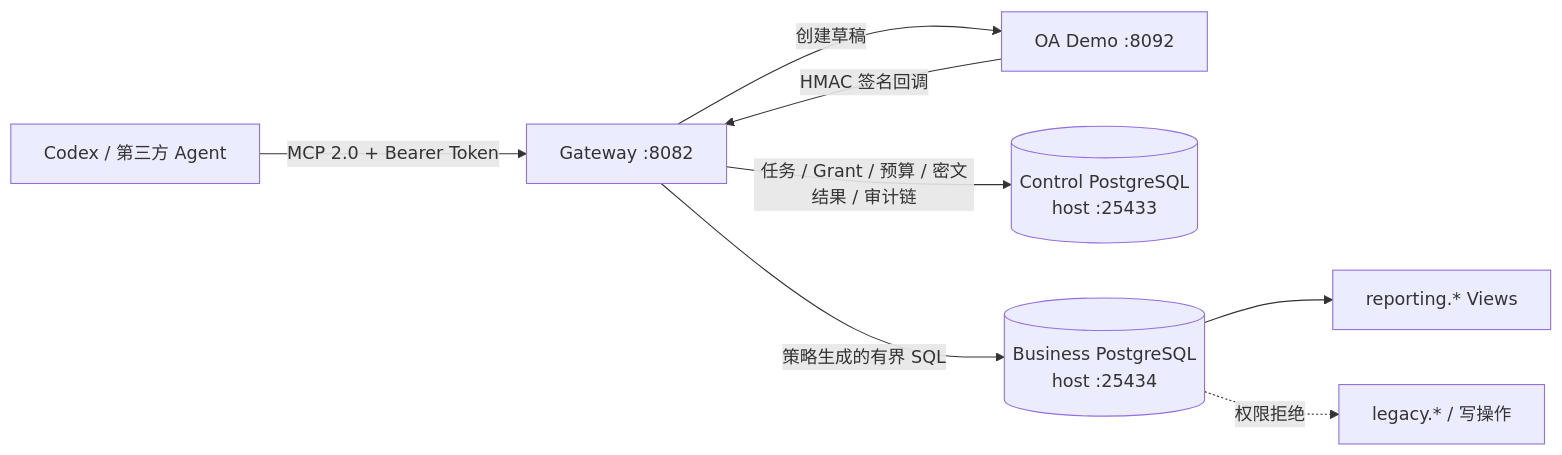
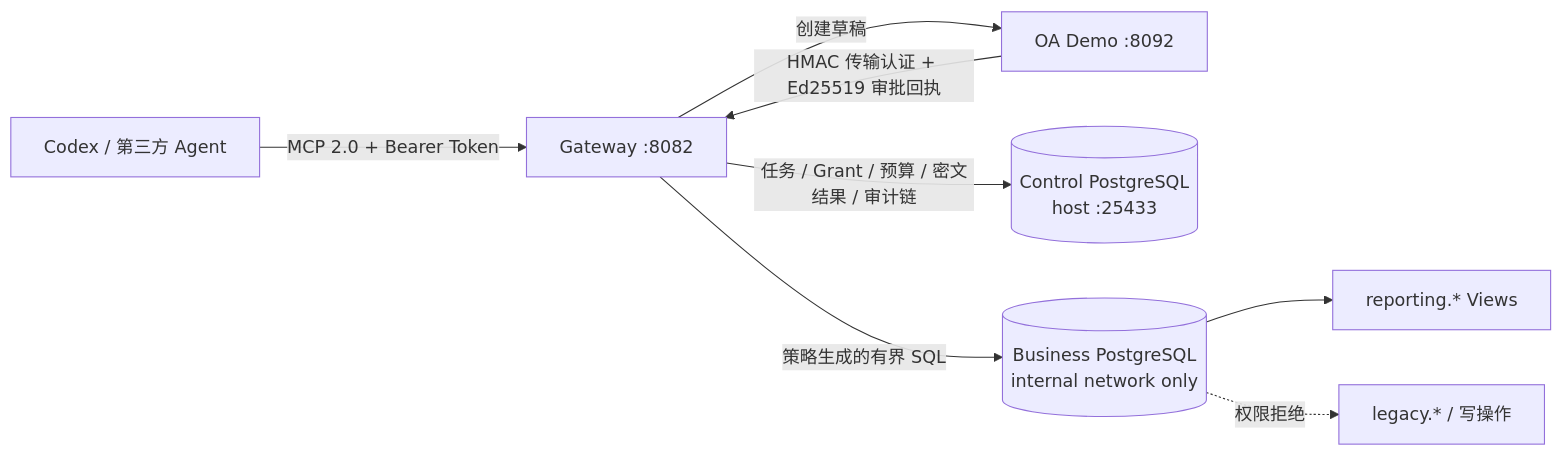
One commit to wuminmin/agent_task_gateway changed the diagram in docs/architecture.md. Above: the diagram before and after it, drawn with Mermaid. The commit also changed other lines of this file and 260 other files, not shown here.

````diff
--- a/docs/architecture.md
+++ b/docs/architecture.md
@@ -5,10 +5,10 @@
 ```mermaid
 flowchart LR
     A[Codex / 第三方 Agent] -->|MCP 2.0 + Bearer Token| G[Gateway :8082]
     G -->|创建草稿| O[OA Demo :8092]
-    O -->|HMAC 签名回调| G
+    O -->|HMAC 传输认证 + Ed25519 审批回执| G
     G -->|任务 / Grant / 预算 / 密文结果 / 审计链| C[(Control PostgreSQL<br/>host :25433)]
-    G -->|策略生成的有界 SQL| B[(Business PostgreSQL<br/>host :25434)]
+    G -->|策略生成的有界 SQL| B[(Business PostgreSQL<br/>internal network only)]
     B --> V[reporting.* Views]
     B -. 权限拒绝 .-> X[legacy.* / 写操作]
 ```
````
